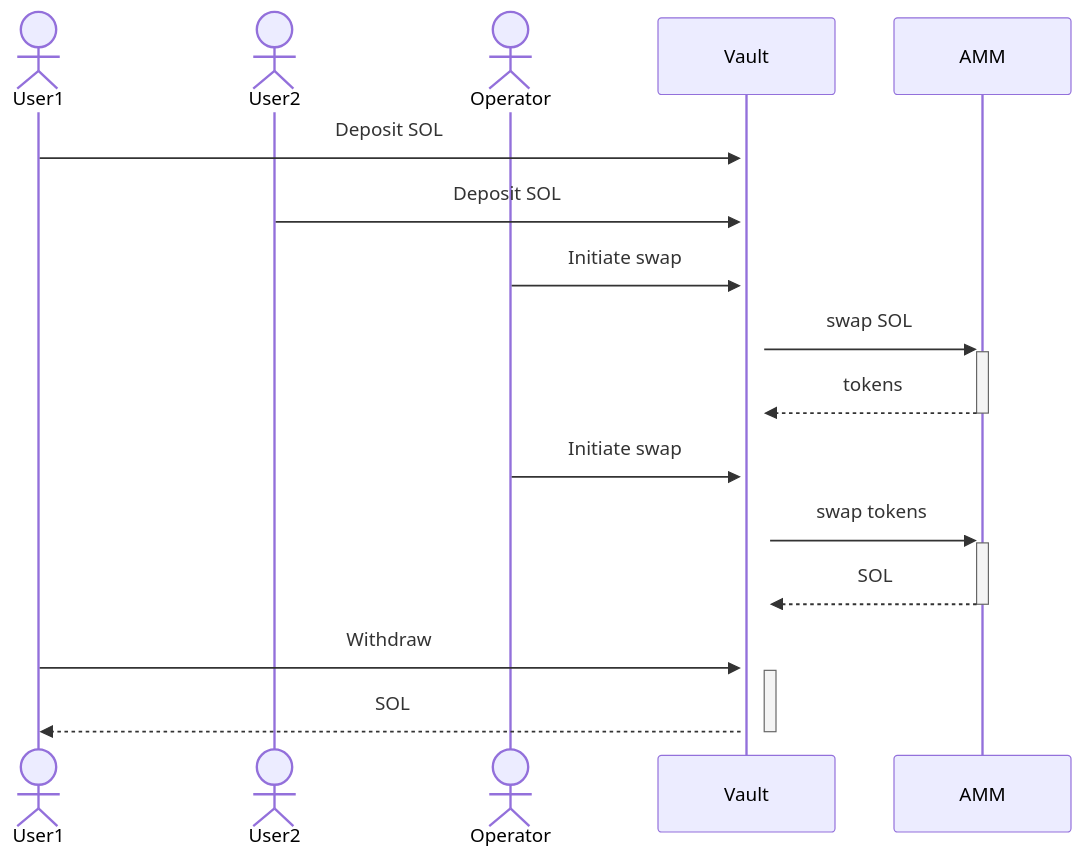
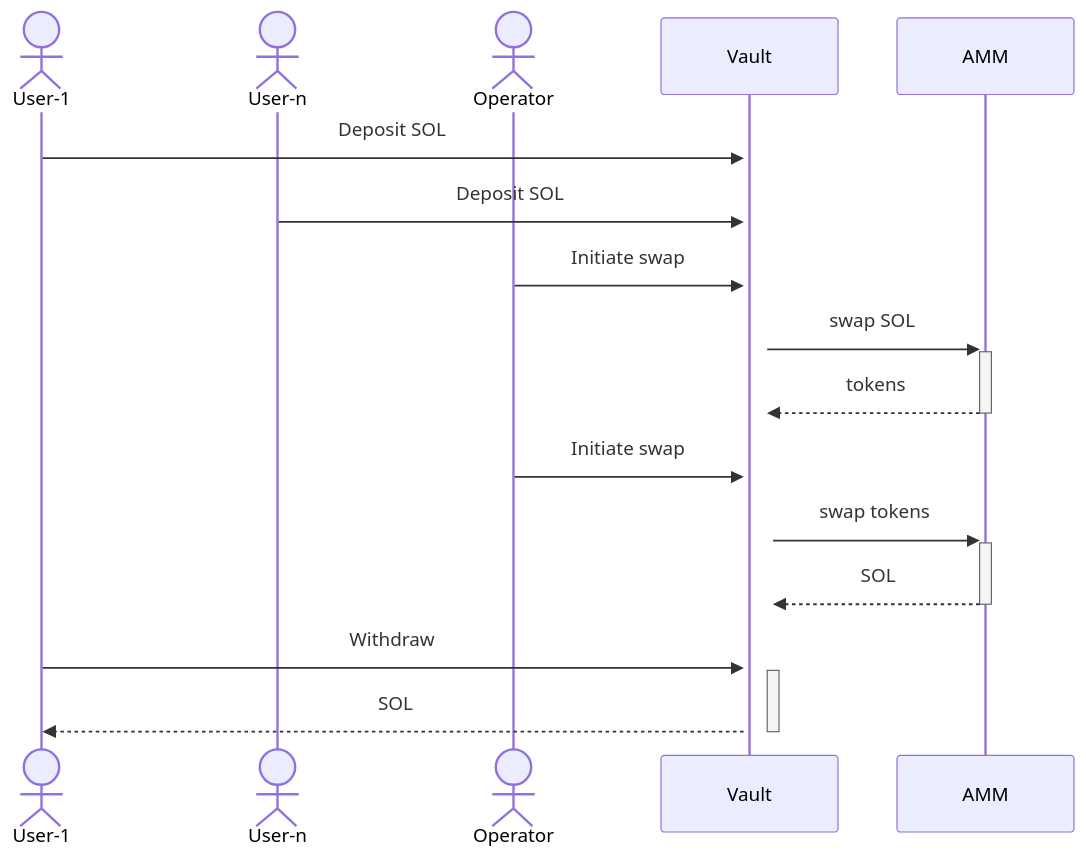
The first of 5 diagrams in docs/Architecture.md (n3m6/Q2_25_Builder_Faraz), drawn with Mermaid before and after one commit. The commit also changed other lines of this file, not shown here.

Commit message:
updated arch diagrams

````diff
--- a/docs/Architecture.md
+++ b/docs/Architecture.md
@@ -3,18 +3,18 @@
 ```mermaid
 sequenceDiagram
-    actor User1
-    actor User2
+    actor User-1
+    actor User-n
     actor Operator
     participant Vault
     participant AMM
-    User1->>+Vault: Deposit SOL
-    User2->>+Vault: Deposit SOL
+    User-1->>+Vault: Deposit SOL
+    User-n->>+Vault: Deposit SOL
     Operator->>+Vault:Initiate swap
     Vault->>+AMM: swap SOL
     AMM-->>-Vault: tokens
     Operator->>+Vault:Initiate swap
     Vault->>+AMM: swap tokens
     AMM-->>-Vault: SOL
-    User1->>+Vault: Withdraw
-    Vault-->>-User1: SOL
+    User-1->>+Vault: Withdraw
+    Vault-->>-User-1: SOL
 ```
````
